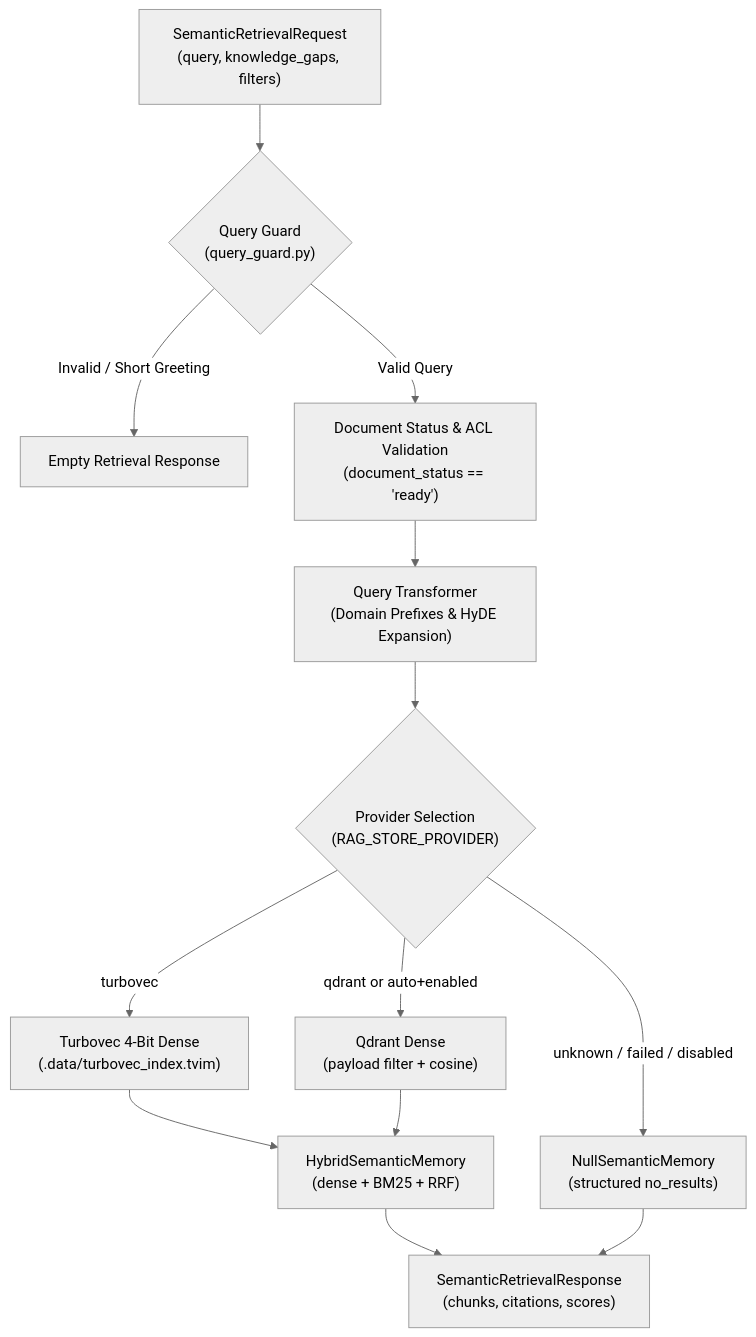
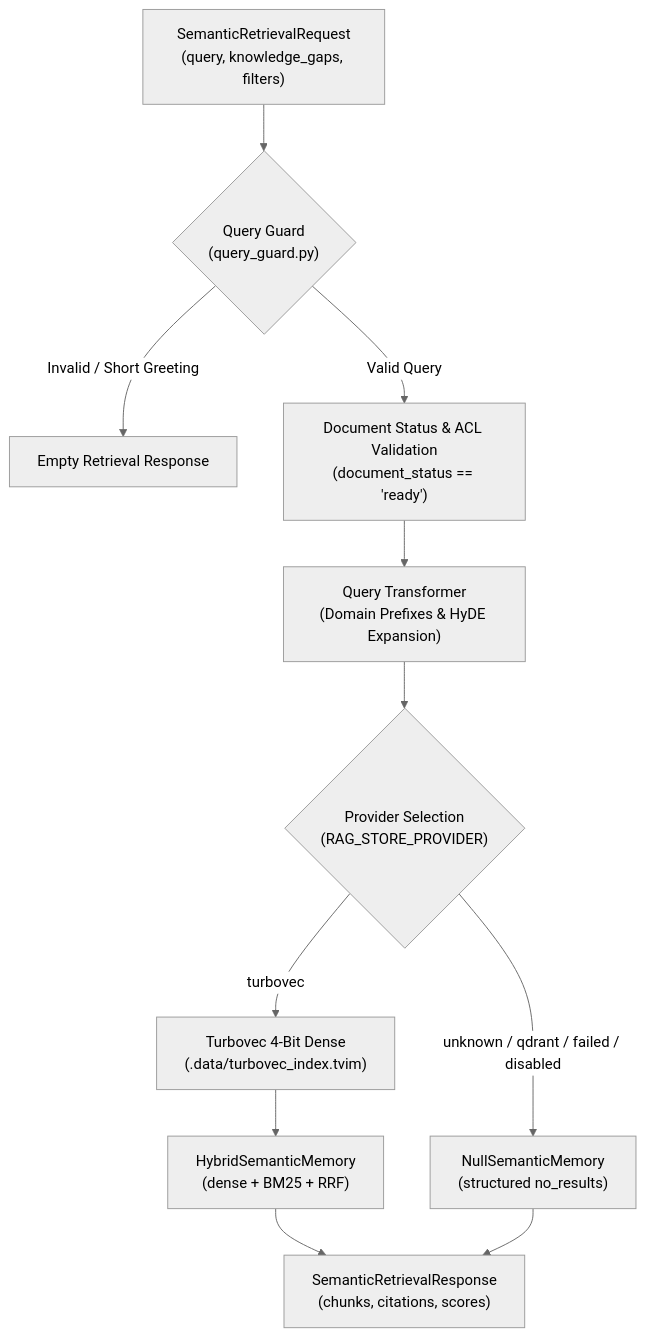
One commit to MathematicGuy/EMAIL-AGENT-v1 changed the second of 2 diagrams in docs/architectures/current-architectures/05-rag-architecture.md. Above: the diagram before and after it, drawn with Mermaid (neutral theme). The commit also changed other lines of this file and 50 other files, not shown here.

````diff
--- a/docs/architectures/current-architectures/05-rag-architecture.md
+++ b/docs/architectures/current-architectures/05-rag-architecture.md
@@ -51,19 +49,17 @@
 ```mermaid
 flowchart TB
     REQ["SemanticRetrievalRequest<br/>(query, knowledge_gaps, filters)"] --> GUARD{"Query Guard<br/>(query_guard.py)"}
     
     GUARD -->|Invalid / Short Greeting| NULL_RES["Empty Retrieval Response"]
     GUARD -->|Valid Query| STATUS_CHECK["Document Status & ACL Validation<br/>(document_status == 'ready')"]
     
     STATUS_CHECK --> TRANSFORM["Query Transformer<br/>(Domain Prefixes & HyDE Expansion)"]
     TRANSFORM --> LADDER{"Provider Selection<br/>(RAG_STORE_PROVIDER)"}
 
     LADDER -->|turbovec| TURBO["Turbovec 4-Bit Dense<br/>(.data/turbovec_index.tvim)"]
-    LADDER -->|qdrant or auto+enabled| QDRANT["Qdrant Dense<br/>(payload filter + cosine)"]
-    LADDER -->|unknown / failed / disabled| NULL_MEM["NullSemanticMemory<br/>(structured no_results)"]
+    LADDER -->|unknown / qdrant / failed / disabled| NULL_MEM["NullSemanticMemory<br/>(structured no_results)"]
 
     TURBO --> HYBRID["HybridSemanticMemory<br/>(dense + BM25 + RRF)"]
-    QDRANT --> HYBRID
     HYBRID --> RESP["SemanticRetrievalResponse<br/>(chunks, citations, scores)"]
     NULL_MEM --> RESP
 ```
````
